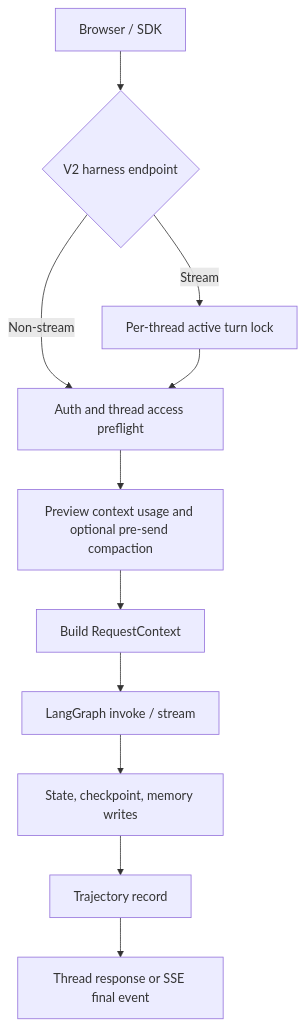
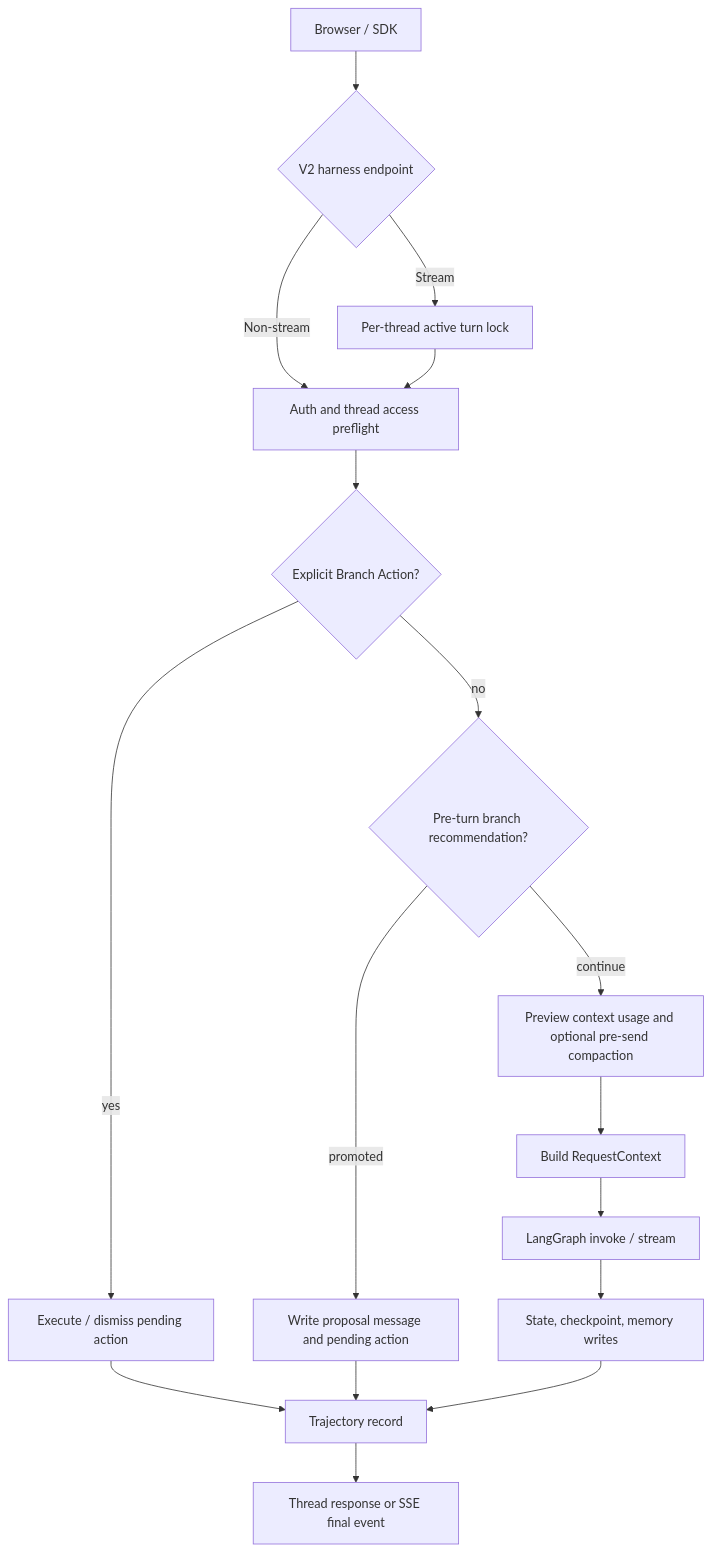
One commit to William-zgx/focus-agent changed the third of 5 diagrams in docs/architecture.md. Above: the diagram before and after it, drawn with Mermaid. The commit also changed other lines of this file and 484 other files, not shown here.

````diff
--- a/docs/architecture.md
+++ b/docs/architecture.md
@@ -229,13 +244,19 @@
 ```mermaid
 flowchart TD
     Client["Browser / SDK"] --> Entry{"V2 harness endpoint"}
     Entry -- "Non-stream" --> Preflight["Auth and thread access preflight"]
     Entry -- "Stream" --> Lock["Per-thread active turn lock"]
     Lock --> Preflight
-    Preflight --> Usage["Preview context usage and optional pre-send compaction"]
+    Preflight --> Action{"Explicit Branch Action?"}
+    Action -- "yes" --> ExecuteAction["Execute / dismiss pending action"]
+    Action -- "no" --> Recommendation{"Pre-turn branch recommendation?"}
+    Recommendation -- "promoted" --> Proposal["Write proposal message and pending action"]
+    Recommendation -- "continue" --> Usage["Preview context usage and optional pre-send compaction"]
     Usage --> Context["Build RequestContext"]
     Context --> Graph["LangGraph invoke / stream"]
     Graph --> Persist["State, checkpoint, memory writes"]
     Persist --> Trace["Trajectory record"]
+    ExecuteAction --> Trace
+    Proposal --> Trace
     Trace --> Response["Thread response or SSE final event"]
 ```
````
